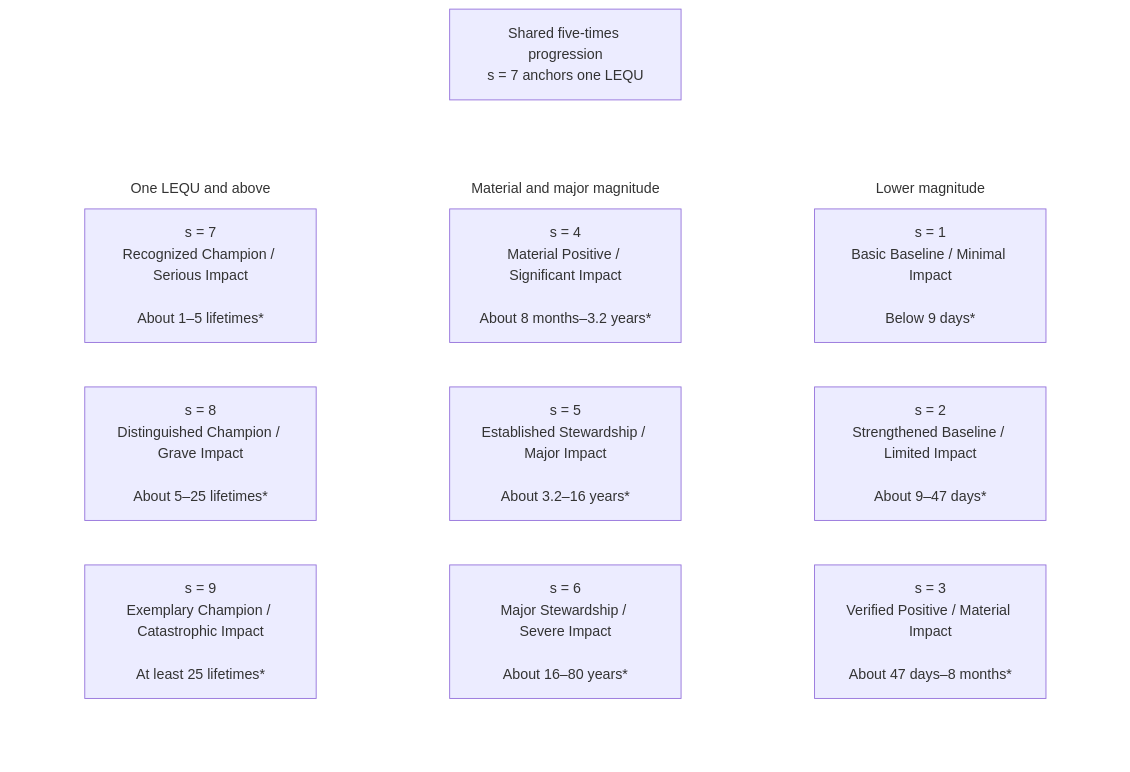
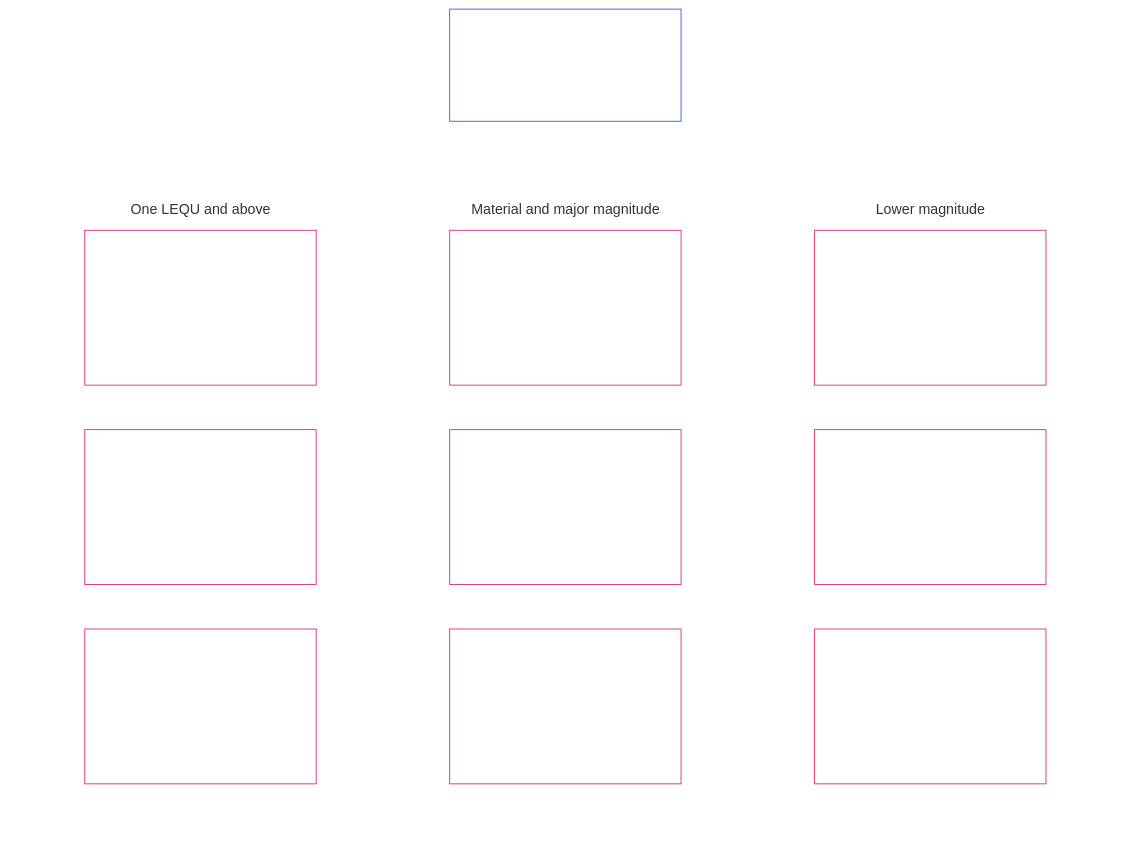
Before and after one commit to kfoelsch/Sentient_Constitution: diagram 14 of 20 in CONCEPTUAL_OVERVIEW.md, drawn with Mermaid. The commit also changed other lines of this file and 22 other files, not shown here.

````diff
--- a/CONCEPTUAL_OVERVIEW.md
+++ b/CONCEPTUAL_OVERVIEW.md
@@ -557,30 +658,40 @@
 ```mermaid
 flowchart TB
-    Scale["Shared five-times progression<br/>s = 7 anchors one LEQU"]
+    Scale["Shared five-times progression<br/><br/>s = 7 anchors one LEQU"]
     subgraph BandGrid[" "]
         direction TB
         subgraph BandRow1["Lower magnitude"]
             direction LR
-            S1["s = 1<br/>Basic Baseline / Minimal Impact<br/><br/>Below 9 days*"]
-            S2["s = 2<br/>Strengthened Baseline / Limited Impact<br/><br/>About 9–47 days*"]
-            S3["s = 3<br/>Verified Positive / Material Impact<br/><br/>About 47 days–8 months*"]
+            S1["s = 1<br/><br/>Basic Baseline / Minimal Impact<br/><br/>Below 9 days*"]
+            S2["s = 2<br/><br/>Strengthened Baseline / Limited Impact<br/><br/>About 9–47 days*"]
+            S3["s = 3<br/><br/>Verified Positive / Material Impact<br/><br/>About 47 days–8 months*"]
         end
         subgraph BandRow2["Material and major magnitude"]
             direction LR
-            S4["s = 4<br/>Material Positive / Significant Impact<br/><br/>About 8 months–3.2 years*"]
-            S5["s = 5<br/>Established Stewardship / Major Impact<br/><br/>About 3.2–16 years*"]
-            S6["s = 6<br/>Major Stewardship / Severe Impact<br/><br/>About 16–80 years*"]
+            S4["s = 4<br/><br/>Material Positive / Significant Impact<br/><br/>About 8 months–3.2 years*"]
+            S5["s = 5<br/><br/>Established Stewardship / Major Impact<br/><br/>About 3.2–16 years*"]
+            S6["s = 6<br/><br/>Major Stewardship / Severe Impact<br/><br/>About 16–80 years*"]
         end
         subgraph BandRow3["One LEQU and above"]
             direction LR
-            S7["s = 7<br/>Recognized Champion / Serious Impact<br/><br/>About 1–5 lifetimes*"]
-            S8["s = 8<br/>Distinguished Champion / Grave Impact<br/><br/>About 5–25 lifetimes*"]
-            S9["s = 9<br/>Exemplary Champion / Catastrophic Impact<br/><br/>At least 25 lifetimes*"]
+            S7["s = 7<br/><br/>Recognized Champion / Serious Impact<br/><br/>About 1–5 lifetimes*"]
+            S8["s = 8<br/><br/>Distinguished Champion / Grave Impact<br/><br/>About 5–25 lifetimes*"]
+            S9["s = 9<br/><br/>Exemplary Champion / Catastrophic Impact<br/><br/>At least 25 lifetimes*"]
         end
     end
     Scale ~~~ BandGrid
     style BandGrid fill:none,stroke:none
     style BandRow1 fill:none,stroke:none
     style BandRow2 fill:none,stroke:none
     style BandRow3 fill:none,stroke:none
+    style Scale fill:none,stroke:#2563eb,color:#ffffff
+    style S1 fill:none,stroke:#db2777,color:#ffffff
+    style S2 fill:none,stroke:#db2777,color:#ffffff
+    style S3 fill:none,stroke:#db2777,color:#ffffff
+    style S4 fill:none,stroke:#db2777,color:#ffffff
+    style S5 fill:none,stroke:#db2777,color:#ffffff
+    style S6 fill:none,stroke:#db2777,color:#ffffff
+    style S7 fill:none,stroke:#db2777,color:#ffffff
+    style S8 fill:none,stroke:#db2777,color:#ffffff
+    style S9 fill:none,stroke:#db2777,color:#ffffff
 ```
````
